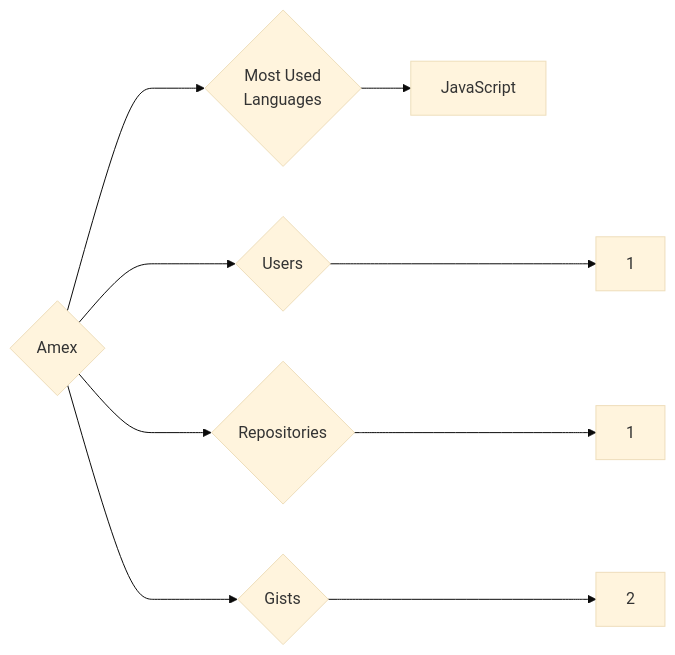
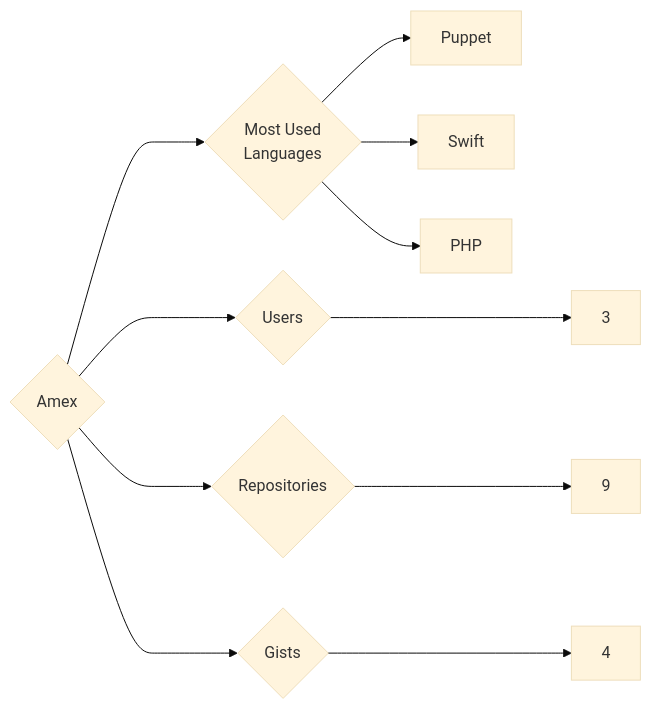
Before and after one commit to trickest/insiders: the diagram in targets/Amex/README.md, drawn with Mermaid (base theme). The commit also changed 772 other files, not shown here.

````diff
--- a/targets/Amex/README.md
+++ b/targets/Amex/README.md
@@ -3,9 +3,11 @@
 ```mermaid
 graph LR
 COMPANY_NAME{Amex}
-COMPANY_NAME ---> U{Users} ---> UN[1]
-COMPANY_NAME ---> R{Repositories} ---> RN[1]
-COMPANY_NAME ---> G{Gists} ---> GN[2]
+COMPANY_NAME ---> U{Users} ---> UN[3]
+COMPANY_NAME ---> R{Repositories} ---> RN[9]
+COMPANY_NAME ---> G{Gists} ---> GN[4]
 COMPANY_NAME ---> ML{Most Used<br>Languages}
-ML --> JavaScript[JavaScript]
+ML --> Puppet[Puppet]
+ML --> Swift[Swift]
+ML --> PHP[PHP]
 ```
````
